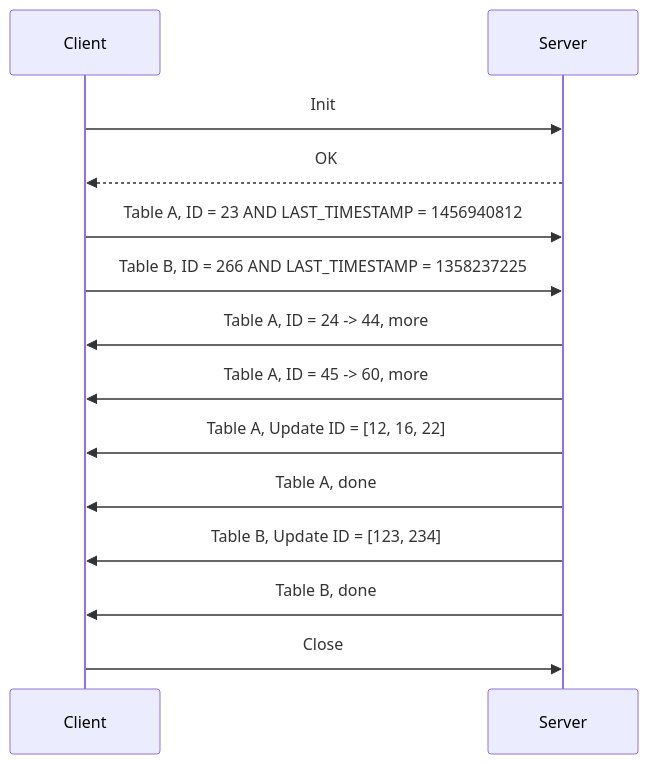
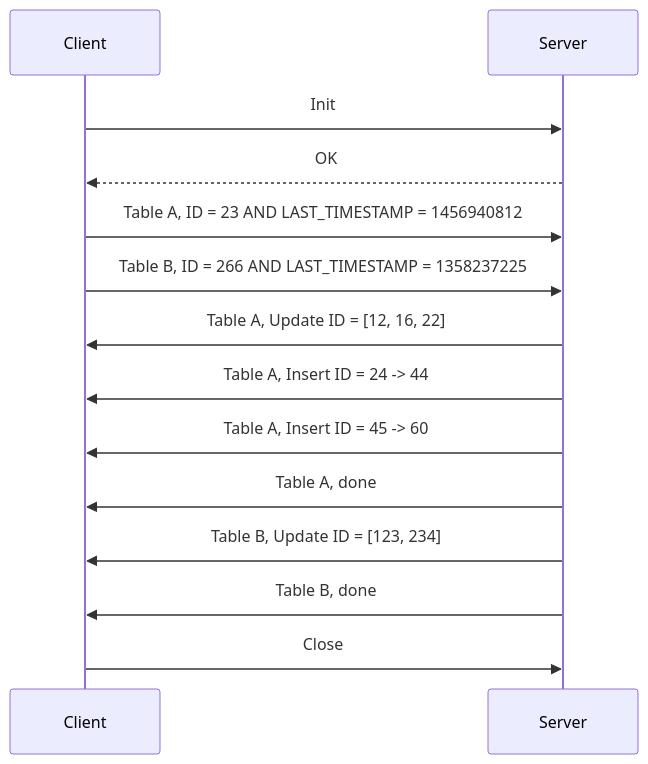
One commit to tomzx/blog.tomrochette.com-content changed the second of 3 diagrams in projects/sql-sync/article.md. Above: the diagram before and after it, drawn with Mermaid. The commit also changed other lines of this file, not shown here.

Commit message:
SQL Sync: Add more details on how to handle delete operations. Add a section on using triggers to track table changes. Initial writing on two-way synchronization.

````diff
--- a/projects/sql-sync/article.md
+++ b/projects/sql-sync/article.md
@@ -76,14 +77,14 @@
 ```mermaid
 sequenceDiagram
 	Client->>Server: Init
 	Server-->>Client: OK
 	Client->>Server: Table A, ID = 23 AND LAST_TIMESTAMP = 1456940812
 	Client->>Server: Table B, ID = 266 AND LAST_TIMESTAMP = 1358237225
-	Server->>Client: Table A, ID = 24 -> 44, more
-	Server->>Client: Table A, ID = 45 -> 60, more
-	Server->>Client: Table A, Update ID = [12, 16, 22]
+    Server->>Client: Table A, Update ID = [12, 16, 22]
+	Server->>Client: Table A, Insert ID = 24 -> 44
+	Server->>Client: Table A, Insert ID = 45 -> 60
 	Server->>Client: Table A, done
 	Server->>Client: Table B, Update ID = [123, 234]
 	Server->>Client: Table B, done
 	Client->>Server: Close
 ```
````
